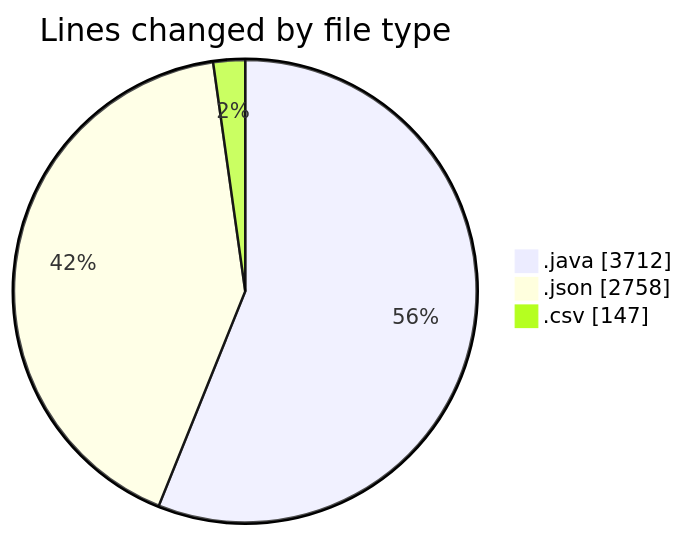
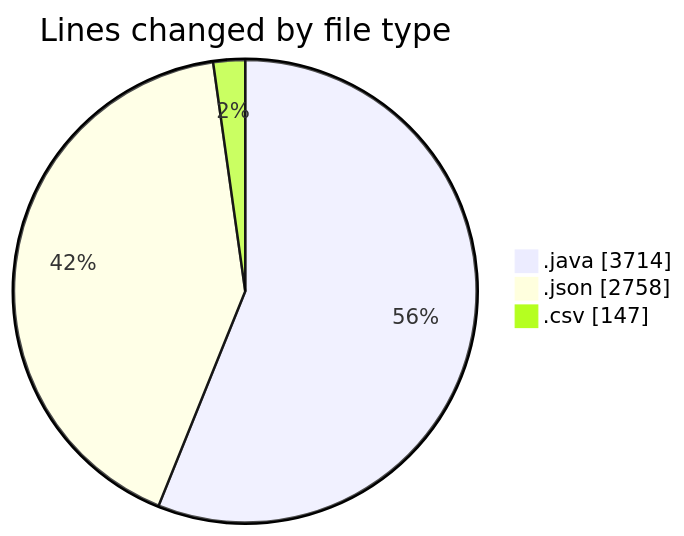
One commit to ricardozamudiocil/code-tracking changed the first of 2 diagrams in 2026-03-17/cilapp/README.md. Above: the diagram before and after it, drawn with Mermaid. The commit also changed other lines of this file and 1 other file, not shown here.

````diff
--- a/2026-03-17/cilapp/README.md
+++ b/2026-03-17/cilapp/README.md
@@ -27,7 +27,7 @@
 ```mermaid
 pie showData
 title Lines changed by file type
-".java" : 3712
+".java" : 3714
 ".json" : 2758
 ".csv" : 147
 ```
````
